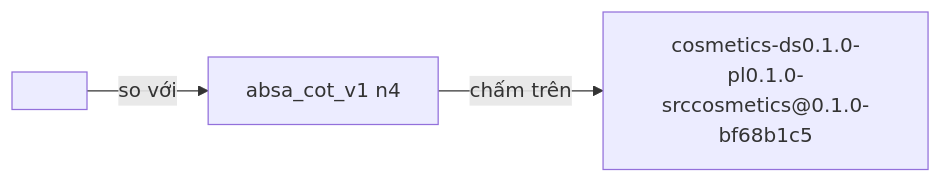
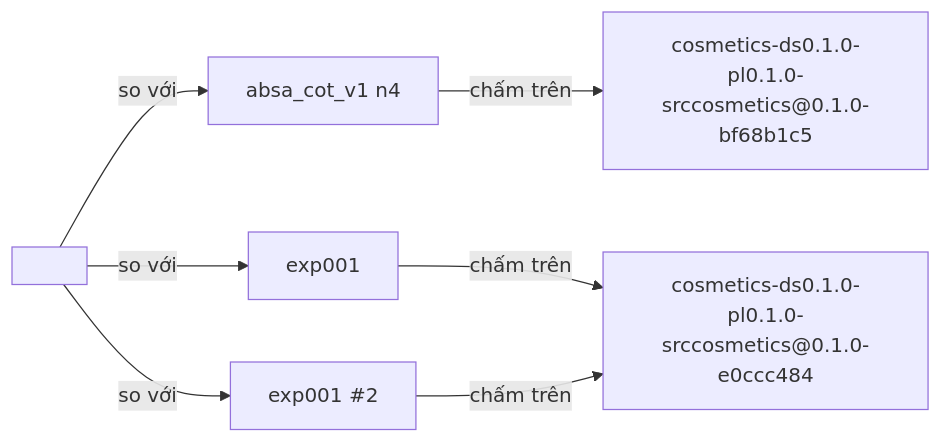
One commit to TrieuKhac-dev/SentimentX changed the diagram in data/reports/metrics_matrix/metrics_matrix.md. Above: the diagram before and after it, drawn with Mermaid. The commit also changed 10 other files, not shown here.

````diff
--- a/data/reports/metrics_matrix/metrics_matrix.md
+++ b/data/reports/metrics_matrix/metrics_matrix.md
@@ -3,8 +3,15 @@
 ```mermaid
 graph LR
   n1["<công bố>"]
   n2["absa_cot_v1 n4"]
-  n3["cosmetics-ds0.1.0-pl0.1.0-srccosmetics@0.1.0-bf68b1c5"]
+  n3["exp001"]
+  n4["exp001 #2"]
+  n5["cosmetics-ds0.1.0-pl0.1.0-srccosmetics@0.1.0-bf68b1c5"]
+  n6["cosmetics-ds0.1.0-pl0.1.0-srccosmetics@0.1.0-e0ccc484"]
   n1 -->|so với| n2
-  n2 -->|chấm trên| n3
+  n1 -->|so với| n3
+  n1 -->|so với| n4
+  n2 -->|chấm trên| n5
+  n3 -->|chấm trên| n6
+  n4 -->|chấm trên| n6
 ```
````
